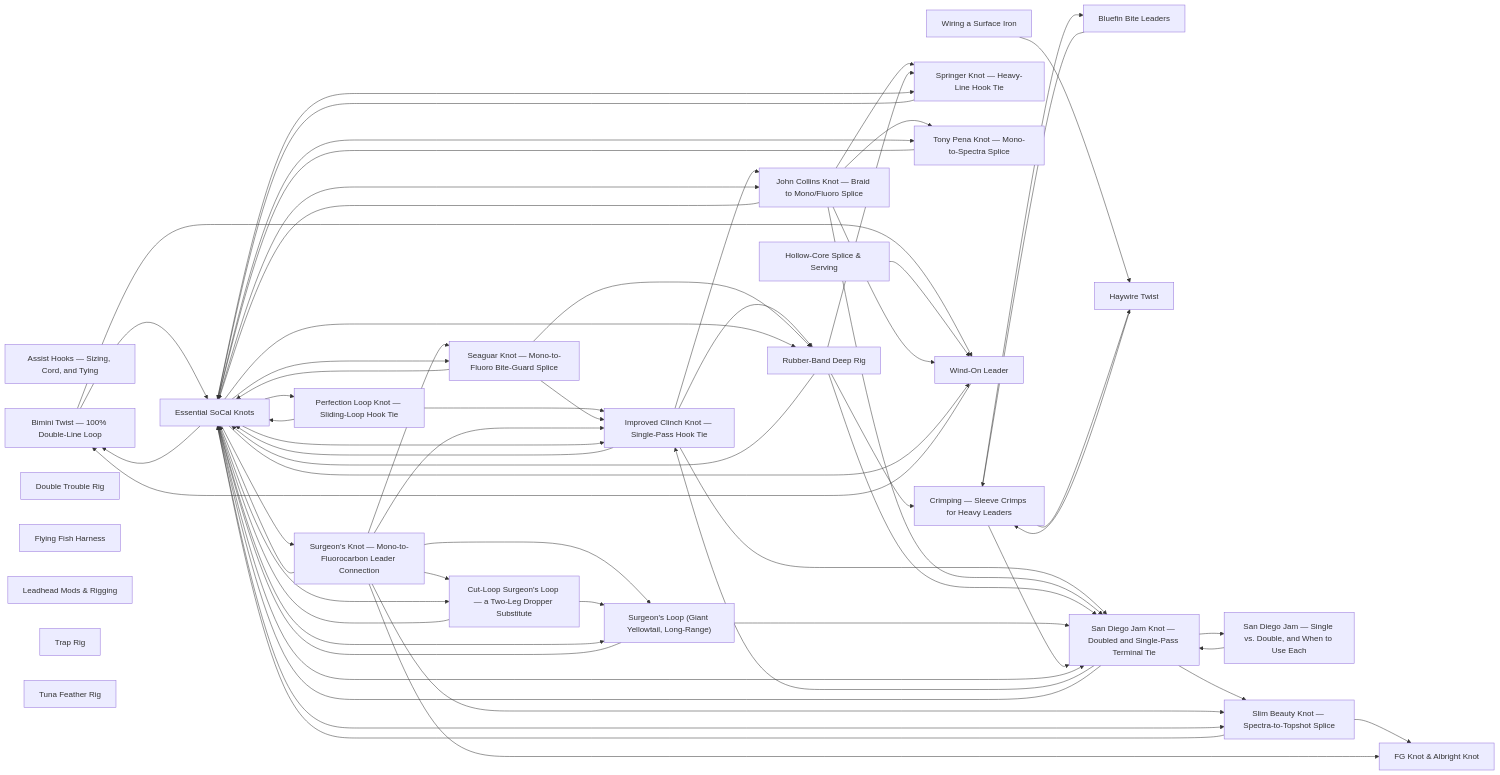
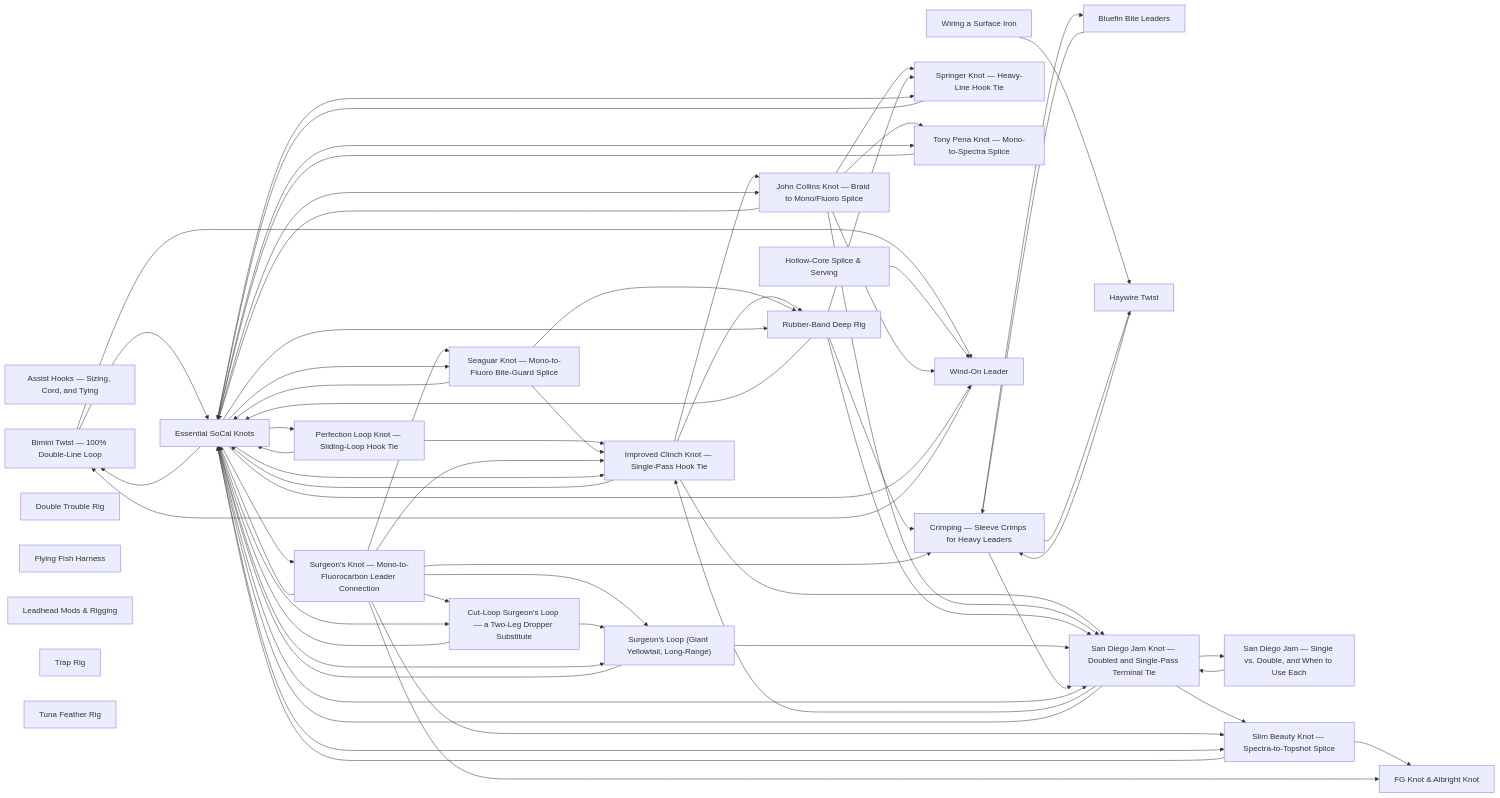
The diagram in rigging/README.md (camchuckpete-max/Socal-Fishing-Knowledge), drawn with Mermaid before and after one commit. The commit also changed 4 other files, not shown here.

```diff
--- a/rigging/README.md
+++ b/rigging/README.md
@@ -102,6 +102,7 @@
   n21 --> n18
   n21 --> n19
   n21 --> n22
+  n21 --> n3
   n21 --> n4
   n21 --> n6
   n21 --> n7
```
